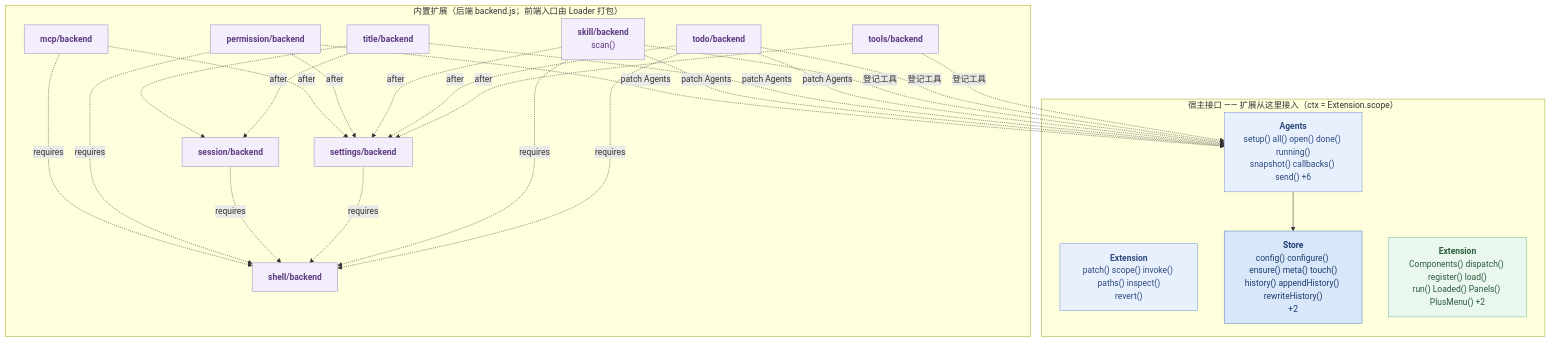
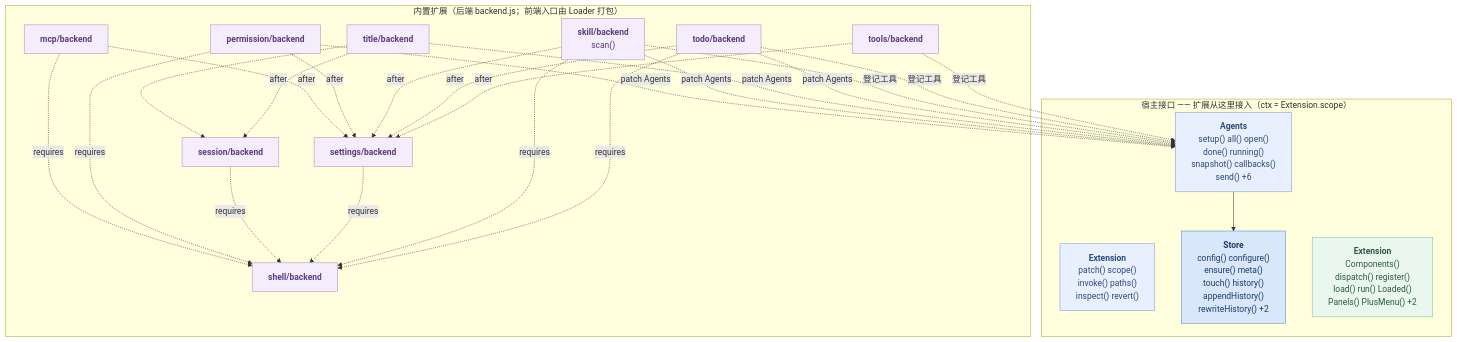
One commit to kernel4632/agent changed the fourth of 4 diagrams in docs/architecture.md. Above: the diagram before and after it, drawn with Mermaid. The commit also changed other lines of this file and 2 other files, not shown here.

````diff
--- a/docs/architecture.md
+++ b/docs/architecture.md
@@ -364,48 +364,48 @@
 ```mermaid
 graph TD
     subgraph g0["宿主接口 —— 扩展从这里接入（ctx = Extension.scope）"]
-    n1gcjvhk["<b>Extension</b><br/>patch() scope() invoke() paths() inspect()<br/>revert()"]:::backend
-    nbxek49["<b>Agents</b><br/>setup() all() open() done() running()<br/>snapshot() callbacks() send() +6"]:::backend
-    n4hgrwm["<b>Store</b><br/>config() configure() ensure() meta() touch()<br/>history() appendHistory() rewriteHistory()<br/>+2"]:::store
-    n1qcy0uz["<b>Extension</b><br/>Components() dispatch() register() load()<br/>run() Loaded() Panels() PlusMenu() +2"]:::web
+    n1gcjvhk["<b>Extension</b><br/>patch() scope()<br/>invoke() paths()<br/>inspect() revert()"]:::backend
+    nbxek49["<b>Agents</b><br/>setup() all() open()<br/>done() running()<br/>snapshot() callbacks()<br/>send() +6"]:::backend
+    n4hgrwm["<b>Store</b><br/>config() configure()<br/>ensure() meta()<br/>touch() history()<br/>appendHistory()<br/>rewriteHistory() +2"]:::store
+    n1qcy0uz["<b>Extension</b><br/>Components()<br/>dispatch() register()<br/>load() run() Loaded()<br/>Panels() PlusMenu() +2"]:::web
     end
     subgraph g1["内置扩展（后端 backend.js；前端入口由 Loader 打包）"]
     nopqhf0["<b>mcp/backend</b>"]:::ext
     n10ycygf["<b>permission/backend</b>"]:::ext
     n6ceey8["<b>session/backend</b>"]:::ext
     n1bwj4wr["<b>settings/backend</b>"]:::ext
     n176bot2["<b>shell/backend</b>"]:::ext
     ndhwbyt["<b>skill/backend</b><br/>scan()"]:::ext
     n1pd8dgu["<b>title/backend</b>"]:::ext
     n19q3pg8["<b>todo/backend</b>"]:::ext
     n1xk5nt7["<b>tools/backend</b>"]:::ext
     end
     nbxek49 --> n4hgrwm
     n10ycygf -. patch Agents .-> nbxek49
     ndhwbyt -. patch Agents .-> nbxek49
     n1pd8dgu -. patch Agents .-> nbxek49
     n19q3pg8 -. patch Agents .-> nbxek49
     ndhwbyt -. 登记工具 .-> nbxek49
     n19q3pg8 -. 登记工具 .-> nbxek49
     n1xk5nt7 -. 登记工具 .-> nbxek49
     n1pd8dgu -.-> n6ceey8
     nopqhf0 -. requires .-> n176bot2
     nopqhf0 -. after .-> n1bwj4wr
     n10ycygf -. requires .-> n176bot2
     n10ycygf -. after .-> n1bwj4wr
     n6ceey8 -. requires .-> n176bot2
     n1bwj4wr -. requires .-> n176bot2
     ndhwbyt -. requires .-> n176bot2
     ndhwbyt -. after .-> n1bwj4wr
     n1pd8dgu -. after .-> n6ceey8
     n19q3pg8 -. requires .-> n176bot2
     n19q3pg8 -. after .-> n1bwj4wr
     n1xk5nt7 -. after .-> n1bwj4wr
     classDef agent-core fill:#eef1f5,stroke:#9aa7b8,color:#5a6572
     classDef backend fill:#e8f0fe,stroke:#7a9bd4,color:#2c4a7c
     classDef store fill:#d8e7fa,stroke:#5a86c4,color:#1d3c6e
     classDef web fill:#e9f7ee,stroke:#7cbf95,color:#2c5c3d
     classDef webui fill:#f2fbf5,stroke:#a5d4b8,color:#2c5c3d
     classDef ext fill:#f4edfb,stroke:#a98bc4,color:#5b3d80
     classDef route fill:#fff3e0,stroke:#e0a458,color:#8a5a1a
 ```
````
